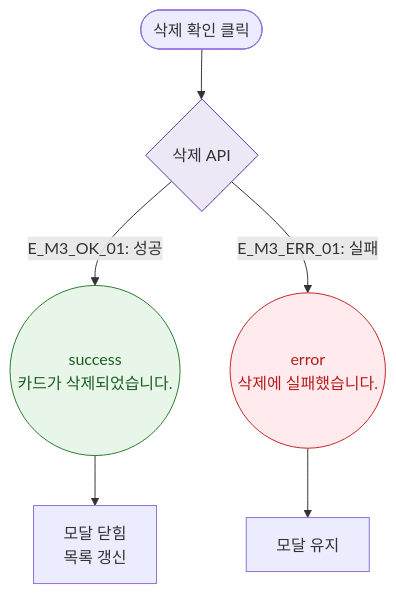
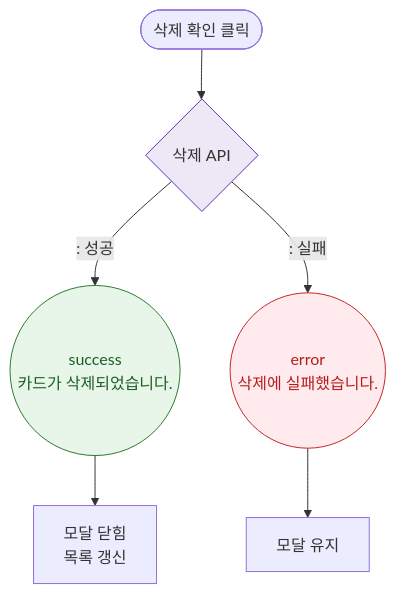
The diagram in docs/다이어그램/D06_시설관리/DLG/DLG-052-003_RFID삭제확인/M3_결과분기.md (dev-spogym/admin-pando), drawn with Mermaid before and after one commit. The commit also changed other lines of this file and 1660 other files, not shown here.

First line of the commit message:
다이어그램: 기획자/클라이언트 납품본으로 정리

````diff
--- a/docs/다이어그램/D06_시설관리/DLG/DLG-052-003_RFID삭제확인/M3_결과분기.md
+++ b/docs/다이어그램/D06_시설관리/DLG/DLG-052-003_RFID삭제확인/M3_결과분기.md
@@ -16,15 +14,15 @@
 ```mermaid
 flowchart TD
     ACTION([삭제 확인 클릭]) --> DeleteAPI{삭제 API}
-    DeleteAPI -->|"E_M3_OK_01: 성공"| SuccessToast((success\n카드가 삭제되었습니다.))
-    DeleteAPI -->|"E_M3_ERR_01: 실패"| ErrorToast((error\n삭제에 실패했습니다.))
+    DeleteAPI -->|": 성공"|SuccessToast((success\n카드가 삭제되었습니다.))
+    DeleteAPI -->|": 실패"|ErrorToast((error\n삭제에 실패했습니다.))
     SuccessToast --> CLOSE[모달 닫힘\n목록 갱신]
     ErrorToast --> STAY[모달 유지]
 
     classDef success fill:#E8F5E9,stroke:#2E7D32,color:#1B5E20
     classDef error fill:#FFEBEE,stroke:#C62828,color:#B71C1C
     classDef system fill:#EDE7F6,stroke:#5E35B2
     class SuccessToast success
     class ErrorToast error
     class DeleteAPI system
 ```
````
